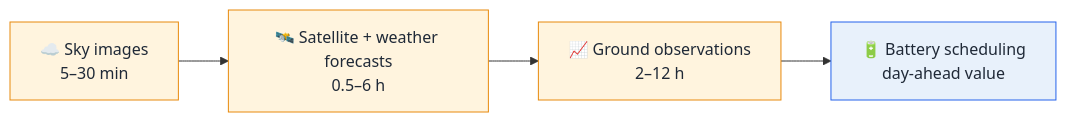
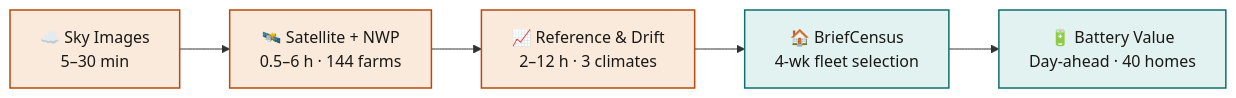
The diagram in README.md (Oussi108/Oussi108), drawn with Mermaid before and after one commit. The commit also changed other lines of this file and 4 other files, not shown here.

````diff
--- a/README.md
+++ b/README.md
@@ -51,10 +64,11 @@
 ```mermaid
 flowchart LR
-    A["☁️ Sky images<br/>5–30 min"] --> B["🛰️ Satellite + weather forecasts<br/>0.5–6 h"]
-    B --> C["📈 Ground observations<br/>2–12 h"]
-    C --> D["🔋 Battery scheduling<br/>day-ahead value"]
-    classDef horizon fill:#FFF4DE,stroke:#E8890C,color:#1F2937
-    classDef value fill:#E8F1FB,stroke:#2563EB,color:#1F2937
+    A["☁️ Sky Images<br/>5–30 min"] --> B["🛰️ Satellite + NWP<br/>0.5–6 h · 144 farms"]
+    B --> C["📈 Reference & Drift<br/>2–12 h · 3 climates"]
+    C --> D["🏠 BriefCensus<br/>4-wk fleet selection"]
+    D --> E["🔋 Battery Value<br/>Day-ahead · 40 homes"]
+    classDef horizon fill:#F9EADB,stroke:#B84A0B,color:#191815,stroke-width:1.5px
+    classDef value fill:#E2F2F0,stroke:#0E6F6E,color:#191815,stroke-width:1.5px
     class A,B,C horizon
-    class D value
+    class D,E value
 ```
````
